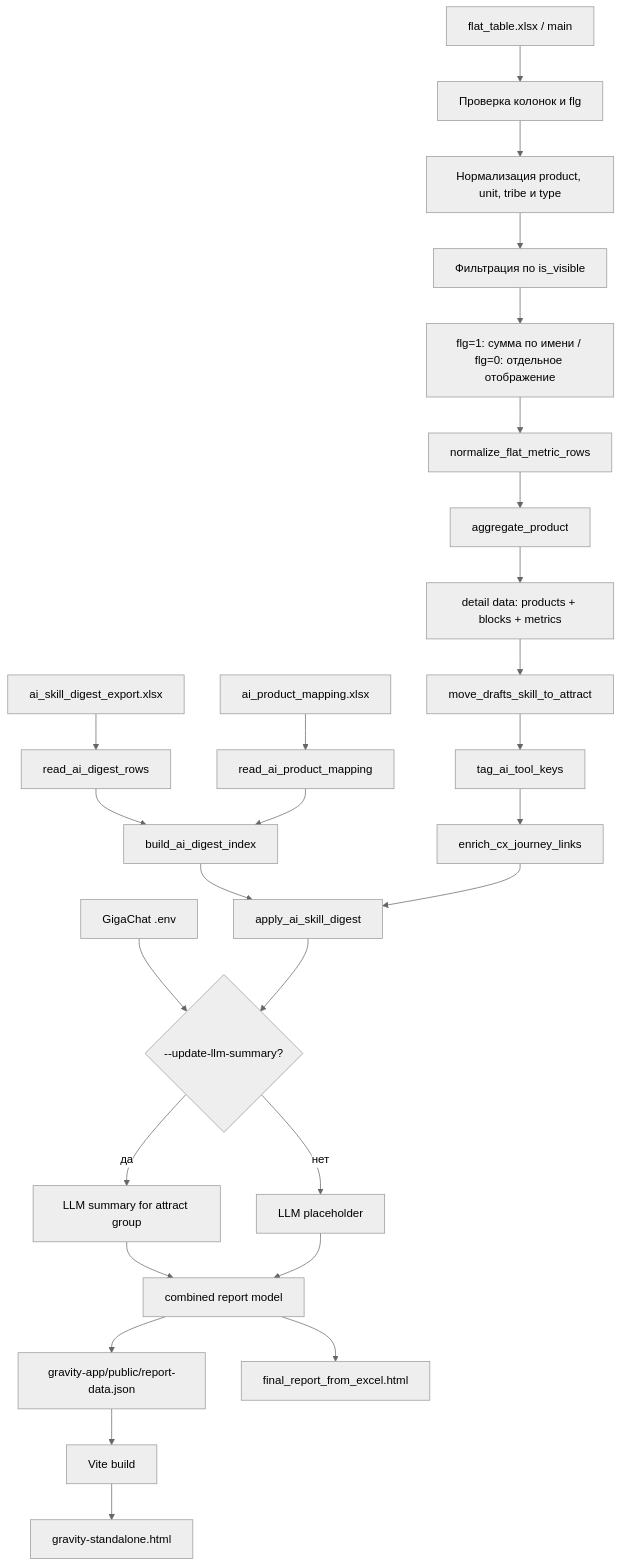
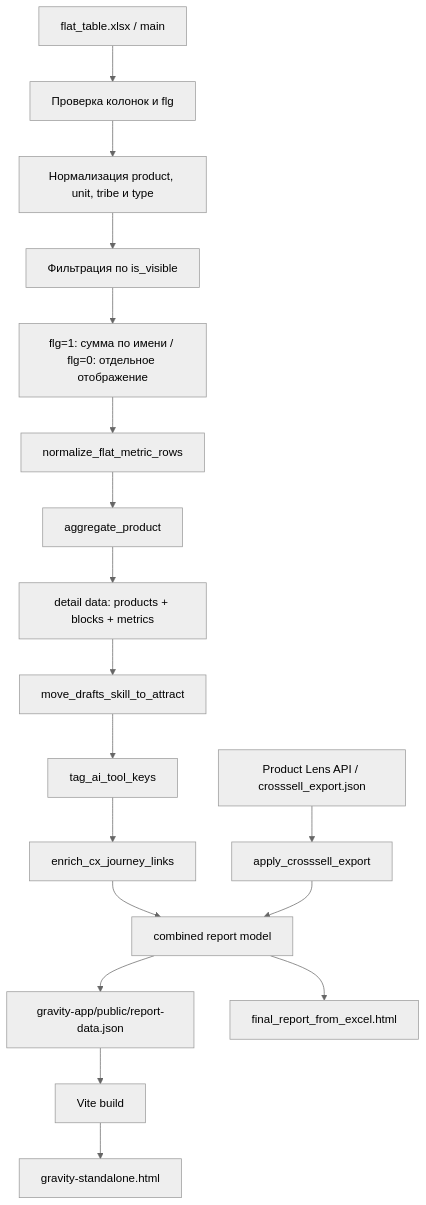
Before and after one commit to schischko-r/DD: the diagram in README.md, drawn with Mermaid (neutral theme). The commit also changed other lines of this file and 27 other files, not shown here.

````diff
--- a/README.md
+++ b/README.md
@@ -182,32 +169,22 @@
 ```mermaid
 flowchart TD
     A["flat_table.xlsx / main"] --> B["Проверка колонок и flg"]
     B --> C["Нормализация product, unit, tribe и type"]
     C --> D["Фильтрация по is_visible"]
     D --> E["flg=1: сумма по имени / flg=0: отдельное отображение"]
     E --> H["normalize_flat_metric_rows"]
     H --> I["aggregate_product"]
     I --> J["detail data: products + blocks + metrics"]
     J --> K["move_drafts_skill_to_attract"]
     K --> L["tag_ai_tool_keys"]
     L --> M["enrich_cx_journey_links"]
 
-    N["ai_skill_digest_export.xlsx"] --> O["read_ai_digest_rows"]
-    P["ai_product_mapping.xlsx"] --> Q["read_ai_product_mapping"]
-    O --> R["build_ai_digest_index"]
-    Q --> R
-    R --> S["apply_ai_skill_digest"]
-    M --> S
-
-    T["GigaChat .env"] --> U{"--update-llm-summary?"}
-    S --> U
-    U -->|да| V["LLM summary for attract group"]
-    U -->|нет| W["LLM placeholder"]
-    V --> X["combined report model"]
-    W --> X
+    N["Product Lens API / crosssell_export.json"] --> O["apply_crosssell_export"]
+    M --> X["combined report model"]
+    O --> X
 
     X --> Y["gravity-app/public/report-data.json"]
     X --> Z["final_report_from_excel.html"]
     Y --> AA["Vite build"]
     AA --> AB["gravity-standalone.html"]
 ```
````
